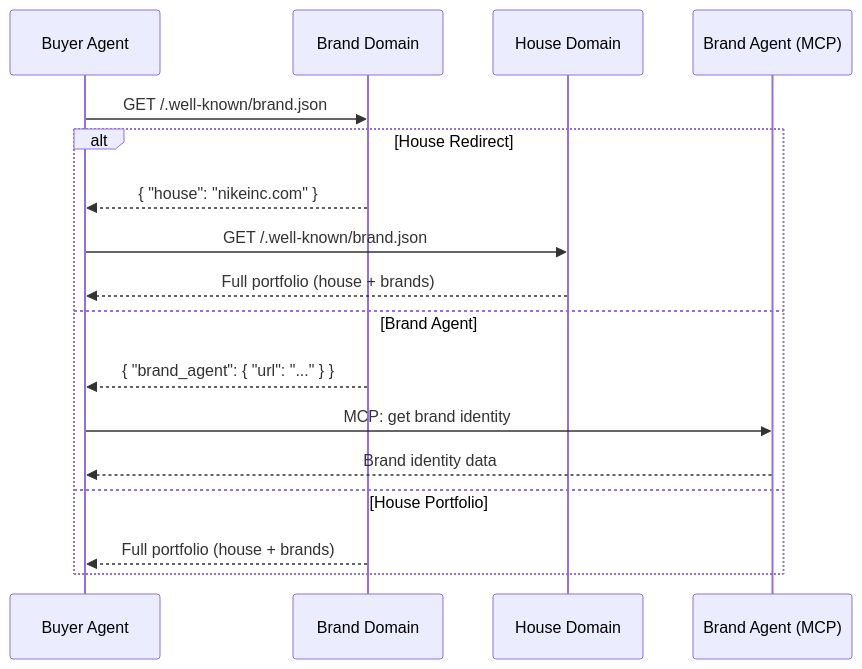
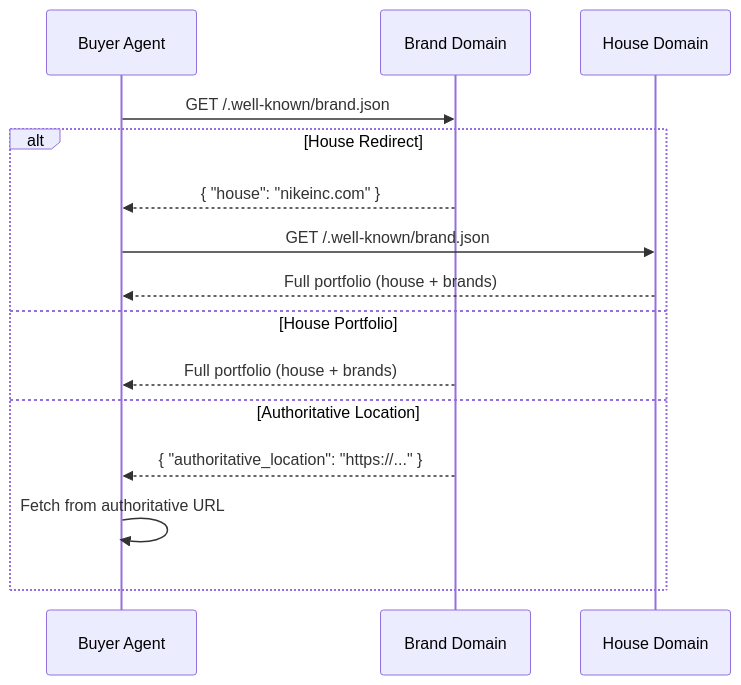
Before and after one commit to adcontextprotocol/adcp: the diagram in docs/brand-protocol/index.mdx, drawn with Mermaid. The commit also changed other lines of this file and 13 other files, not shown here.

First line of the commit message:
feat(schema): remove brand_agent from brand.json spec

````diff
--- a/docs/brand-protocol/index.mdx
+++ b/docs/brand-protocol/index.mdx
@@ -29,20 +28,18 @@
 ```mermaid
 sequenceDiagram
     participant Agent as Buyer Agent
     participant Domain as Brand Domain
     participant House as House Domain
-    participant BrandAgent as Brand Agent (MCP)
 
     Agent->>Domain: GET /.well-known/brand.json
     alt House Redirect
         Domain-->>Agent: { "house": "nikeinc.com" }
         Agent->>House: GET /.well-known/brand.json
         House-->>Agent: Full portfolio (house + brands)
-    else Brand Agent
-        Domain-->>Agent: { "brand_agent": { "url": "..." } }
-        Agent->>BrandAgent: MCP: get brand identity
-        BrandAgent-->>Agent: Brand identity data
     else House Portfolio
         Domain-->>Agent: Full portfolio (house + brands)
+    else Authoritative Location
+        Domain-->>Agent: { "authoritative_location": "https://..." }
+        Agent->>Agent: Fetch from authoritative URL
     end
 ```
````
